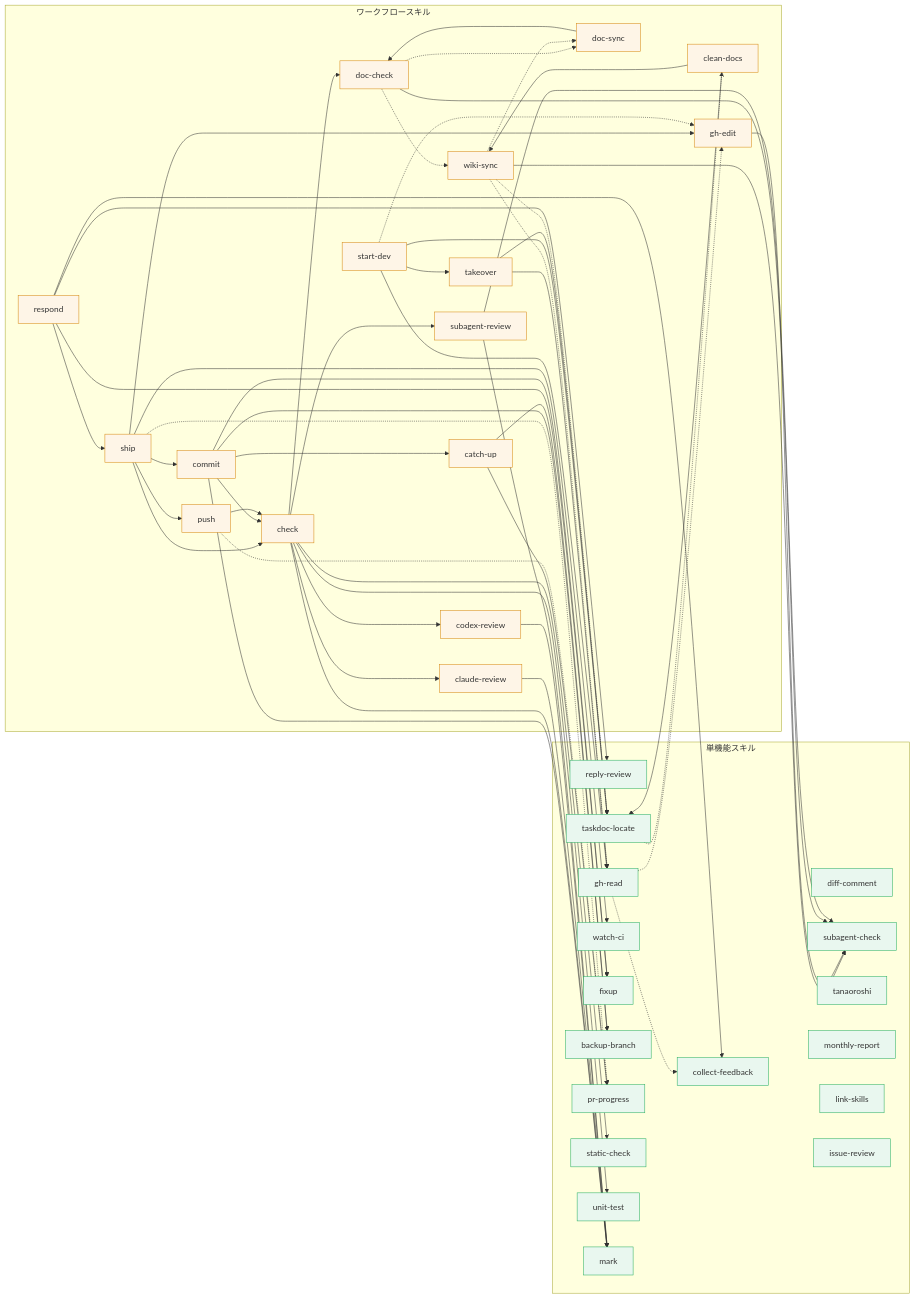
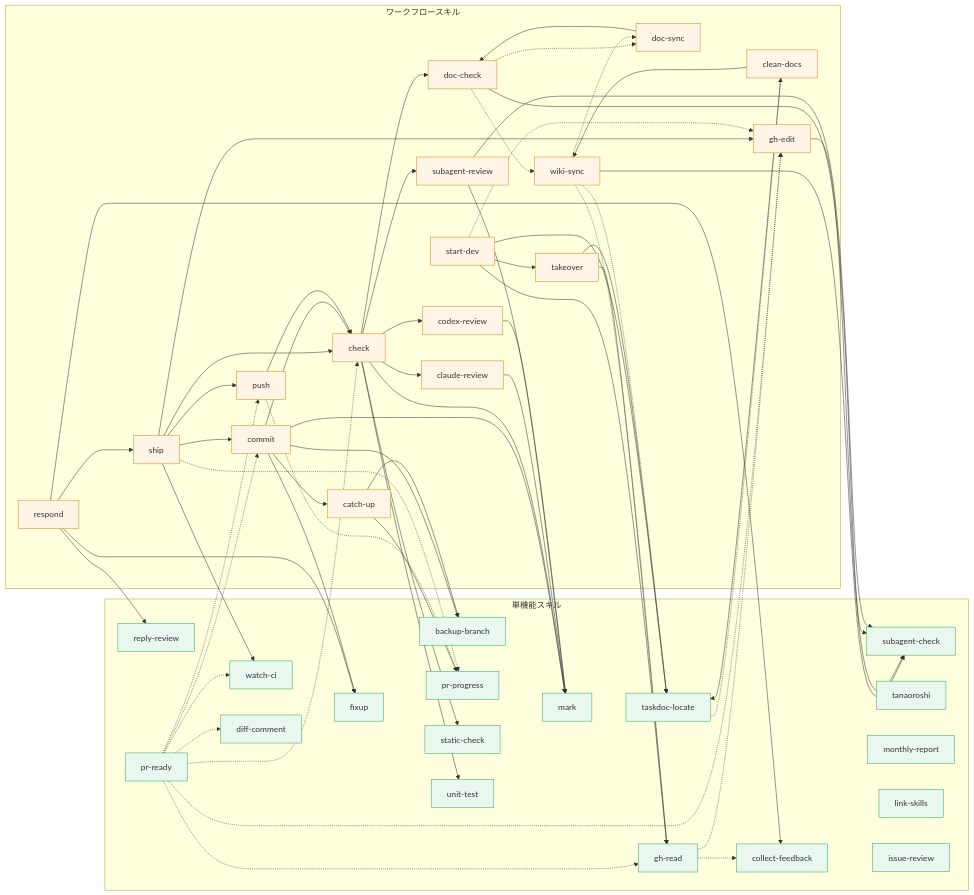
Before and after one commit to mistbind3u88/bonsai: the second of 2 diagrams in README.md, drawn with Mermaid. The commit also changed other lines of this file and 4 other files, not shown here.

```diff
--- a/README.md
+++ b/README.md
@@ -127,6 +128,7 @@
         fixup:::single
         backup-branch:::single
         diff-comment:::single
+        pr-ready:::single
         pr-progress:::single
         static-check:::single
         unit-test:::single
@@ -186,6 +188,13 @@
     gh-read -.-> collect-feedback
     push -.-> pr-progress
     ship -.-> pr-progress
+    pr-ready -.-> commit
+    pr-ready -.-> push
+    pr-ready -.-> check
+    pr-ready -.-> gh-read
+    pr-ready -.-> gh-edit
+    pr-ready -.-> diff-comment
+    pr-ready -.-> watch-ci
     wiki-sync -.-> gh-read
     wiki-sync -.-> taskdoc-locate
     wiki-sync -.-> doc-sync
```
